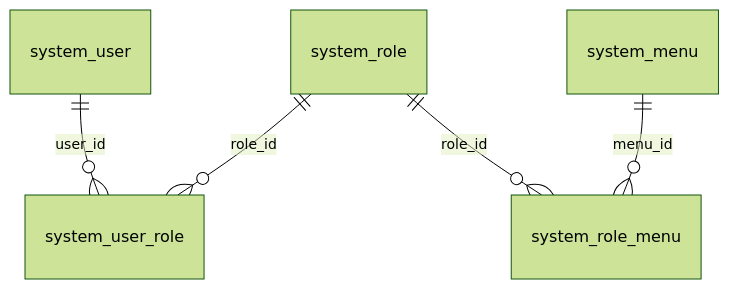
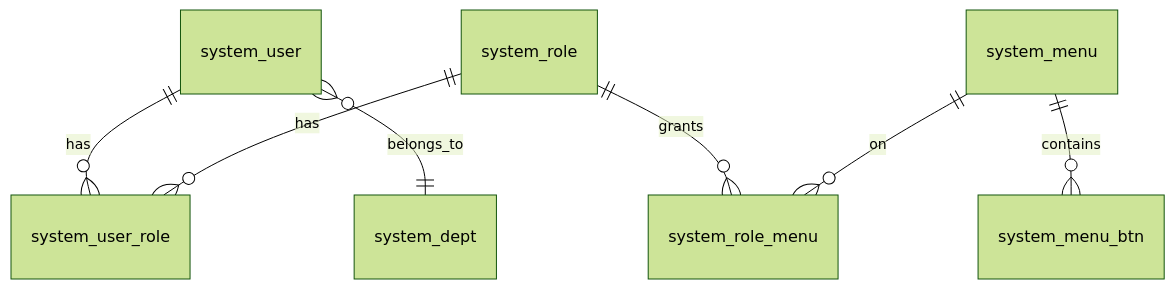
Before and after one commit to meishanlaoyao/elysia-admin: the second of 3 diagrams in docs/architecture/database.md, drawn with Mermaid (forest theme). The commit also changed other lines of this file and 38 other files, not shown here.

Commit message:
update: add module/page scaffolding (create:module/create:page with Drizzle Schema, --schema, --dry-run), script templates and tests; add AI_MODULE_SCAFFOLD.md; update AI workflow, Cursor Skill, IDE rules, and AI dev guide with scaffolding recommendations

````diff
--- a/docs/architecture/database.md
+++ b/docs/architecture/database.md
@@ -157,7 +162,9 @@
 ```mermaid
 erDiagram
-    system_user ||--o{ system_user_role : "user_id"
-    system_role ||--o{ system_user_role : "role_id"
-    system_role ||--o{ system_role_menu : "role_id"
-    system_menu ||--o{ system_role_menu : "menu_id"
+    system_user ||--o{ system_user_role : has
+    system_role ||--o{ system_user_role : has
+    system_role ||--o{ system_role_menu : grants
+    system_menu ||--o{ system_role_menu : on
+    system_menu ||--o{ system_menu_btn : contains
+    system_user }o--|| system_dept : belongs_to
 ```
````
